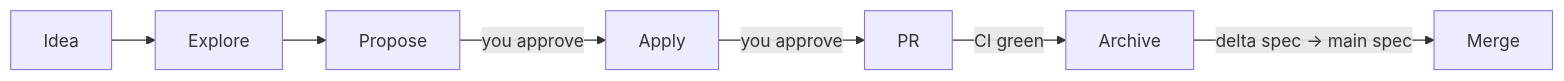
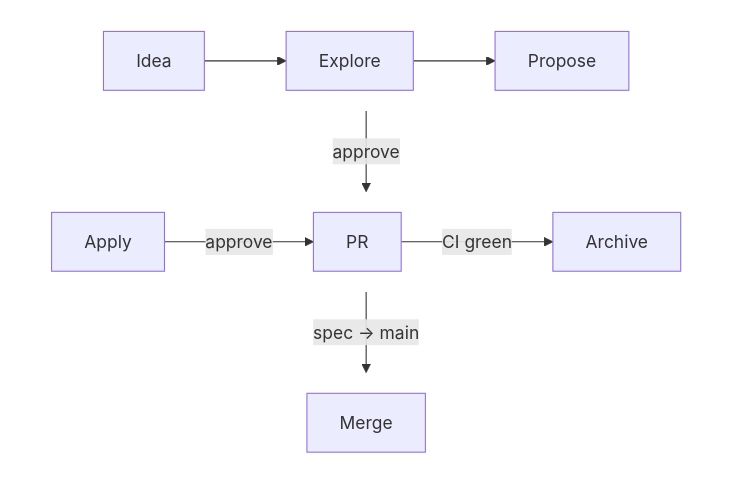
The third of 3 diagrams in README.md (aanbrn/axon-showcase), drawn with Mermaid before and after one commit. The commit also changed other lines of this file and 2 other files, not shown here.

First line of the commit message:
Restructure the README flow diagrams for GitHub's Mermaid renderer (#521)

````diff
--- a/README.md
+++ b/README.md
@@ -230,9 +258,21 @@
 ```mermaid
-%%{init: {"flowchart": {"nodeSpacing": 28, "rankSpacing": 40, "diagramPadding": 230}}}%%
-flowchart LR
-    Idea --> Explore --> Propose
-    Propose -->|"you approve"| Apply
-    Apply -->|"you approve"| PR
-    PR -->|"CI green"| Archive
-    Archive -->|"delta spec → main spec"| Merge
+%%{init: {"flowchart": {"nodeSpacing": 18}}}%%
+flowchart TB
+    subgraph r1[" "]
+        direction LR
+        Idea --> Explore --> Propose
+    end
+    subgraph r2[" "]
+        direction LR
+        Apply -->|"approve"| PR -->|"CI green"| Archive
+    end
+    subgraph r3[" "]
+        direction LR
+        Merge
+    end
+    r1 -->|"approve"| r2
+    r2 -->|"spec → main"| r3
+    style r1 fill:none,stroke:none
+    style r2 fill:none,stroke:none
+    style r3 fill:none,stroke:none
 ```
````
